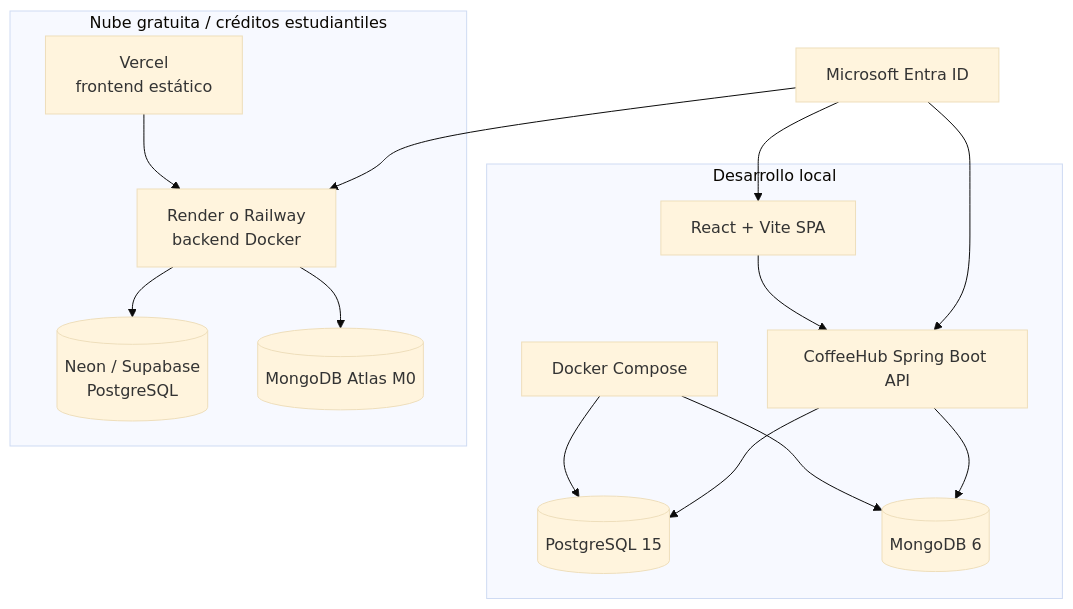
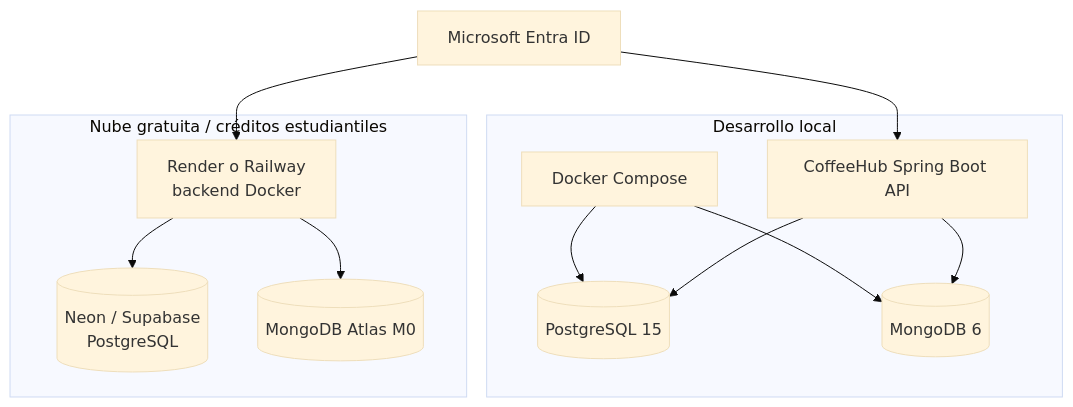
The first of 2 diagrams in docs/INFRASTRUCTURE.md (CatalinaOrmeno/CoffeeHub-API), drawn with Mermaid (base theme) before and after one commit. The commit also changed other lines of this file and 32 other files, not shown here.

````diff
--- a/docs/INFRASTRUCTURE.md
+++ b/docs/INFRASTRUCTURE.md
@@ -9,25 +7,21 @@
 ```mermaid
 flowchart TB
   subgraph Local["Desarrollo local"]
     Compose[Docker Compose]
     PG[(PostgreSQL 15)]
     MG[(MongoDB 6)]
     Compose --> PG
     Compose --> MG
     App[CoffeeHub Spring Boot API] --> PG
     App --> MG
-    Web[React + Vite SPA] --> App
   end
   subgraph Cloud["Nube gratuita / créditos estudiantiles"]
     PaaS[Render o Railway<br/>backend Docker]
-    Vercel[Vercel<br/>frontend estático]
     Neon[(Neon / Supabase<br/>PostgreSQL)]
     Atlas[(MongoDB Atlas M0)]
     PaaS --> Neon
     PaaS --> Atlas
-    Vercel --> PaaS
   end
-  Identity[Microsoft Entra ID] --> Web
-  Identity --> App
+  Identity[Microsoft Entra ID] --> App
   Identity --> PaaS
 ```
````
